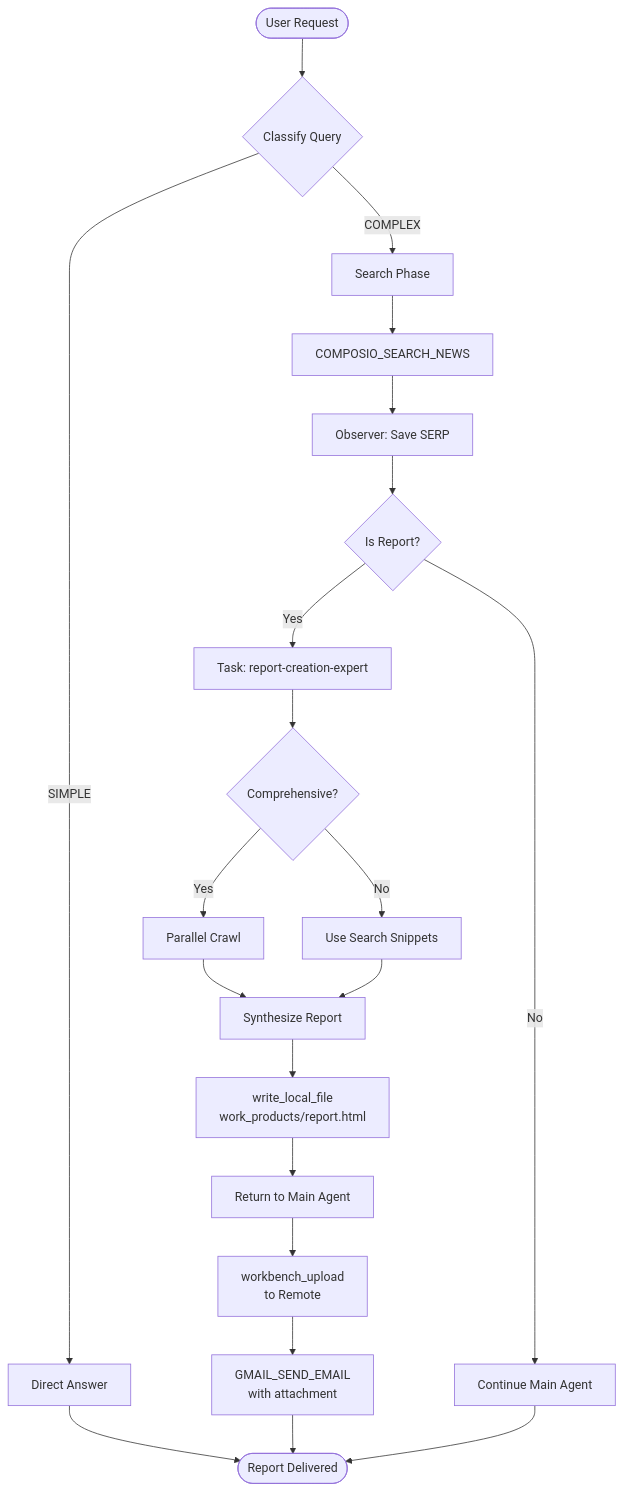
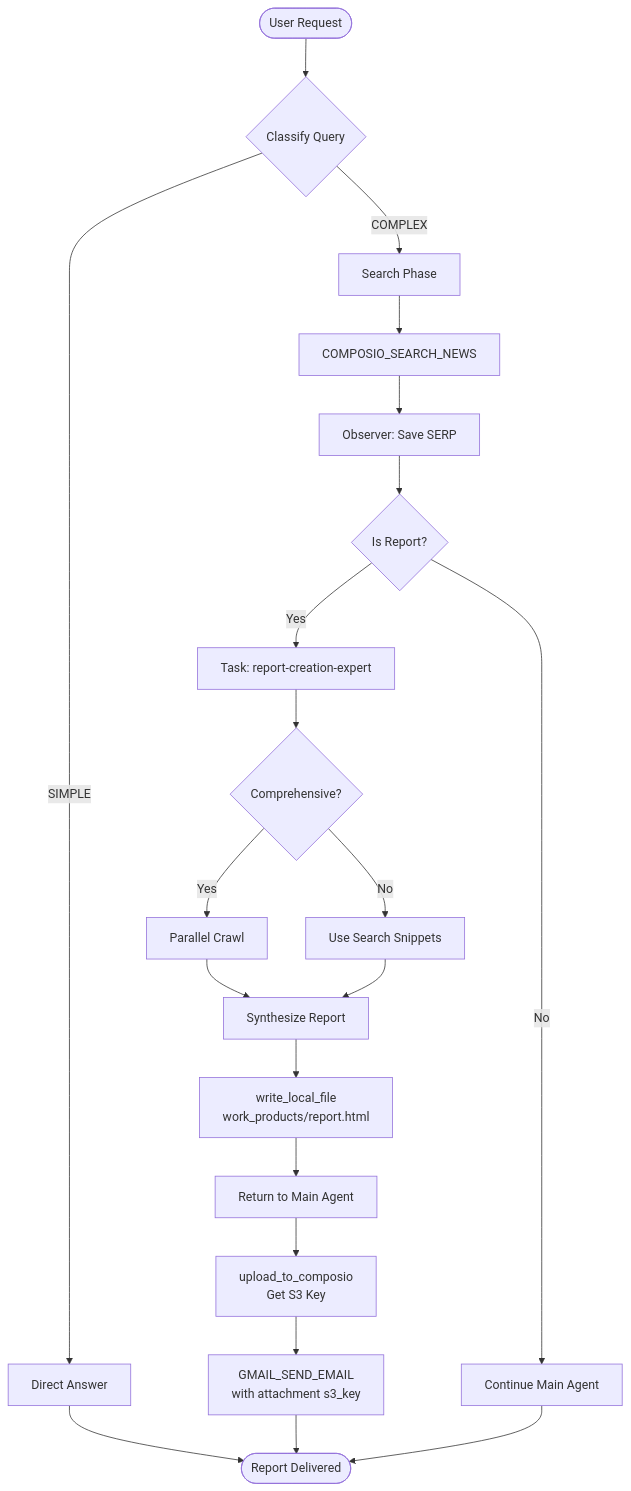
One commit to Kjdragan/universal_agent changed the fifth of 5 diagrams in Project_Documentation/Architecture/06_research_report_workflow.md. Above: the diagram before and after it, drawn with Mermaid. The commit also changed other lines of this file and 14 other files, not shown here.

Commit message:
feat: Refactor MCP servers, introduce `upload_to_composio` and `crawl_parallel` tools, add observer anti-redundancy, and implement Composio tool onboarding.

````diff
--- a/Project_Documentation/Architecture/06_research_report_workflow.md
+++ b/Project_Documentation/Architecture/06_research_report_workflow.md
@@ -673,33 +670,33 @@
 ```mermaid
 flowchart TD
     Start([User Request]) --> Classify{Classify Query}
     Classify -->|SIMPLE| FastPath[Direct Answer]
     Classify -->|COMPLEX| Search[Search Phase]
 
     Search --> SERP[COMPOSIO_SEARCH_NEWS]
     SERP --> Observer1[Observer: Save SERP]
     Observer1 --> Delegate{Is Report?}
 
     Delegate -->|Yes| SubAgent[Task: report-creation-expert]
     Delegate -->|No| Continue[Continue Main Agent]
 
     SubAgent --> CheckType{Comprehensive?}
     CheckType -->|Yes| Extract[Parallel Crawl]
     CheckType -->|No| Direct[Use Search Snippets]
 
     Extract --> Synthesize[Synthesize Report]
     Direct --> Synthesize
 
 
     Synthesize --> WriteReport[write_local_file<br/>work_products/report.html]
     WriteReport --> ReturnReport[Return to Main Agent]
 
-    ReturnReport --> Upload[workbench_upload<br/>to Remote]
+    ReturnReport --> Upload[upload_to_composio<br/>Get S3 Key]
 
-    Upload --> Email[GMAIL_SEND_EMAIL<br/>with attachment]
+    Upload --> Email[GMAIL_SEND_EMAIL<br/>with attachment s3_key]
 
     Email --> End([Report Delivered])
 
     FastPath --> End
     Continue --> End
 ```
````
